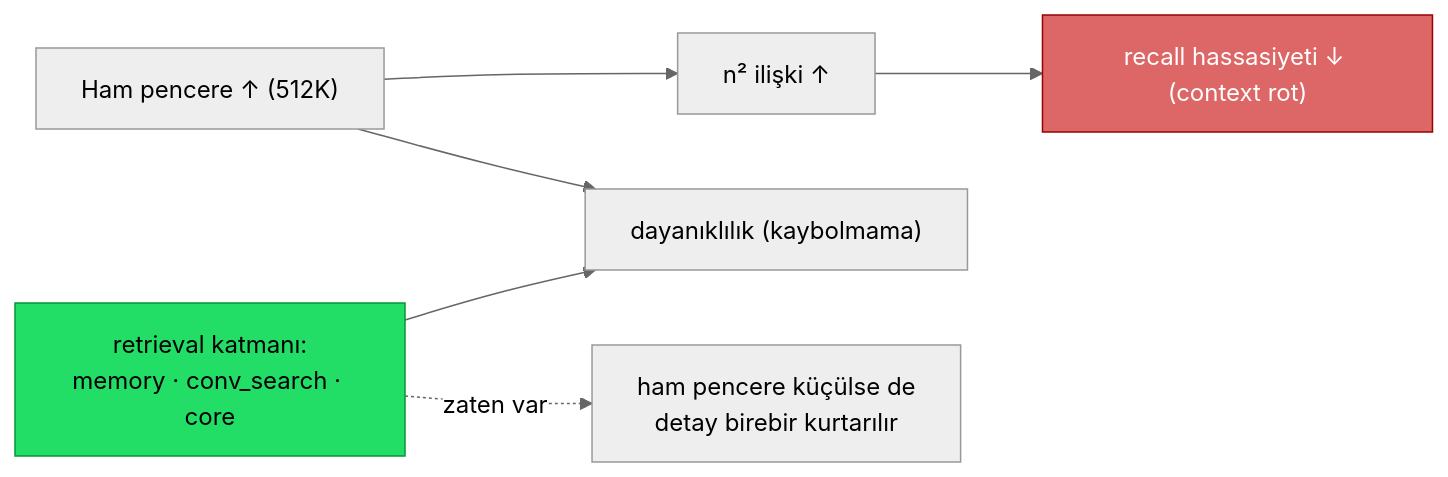
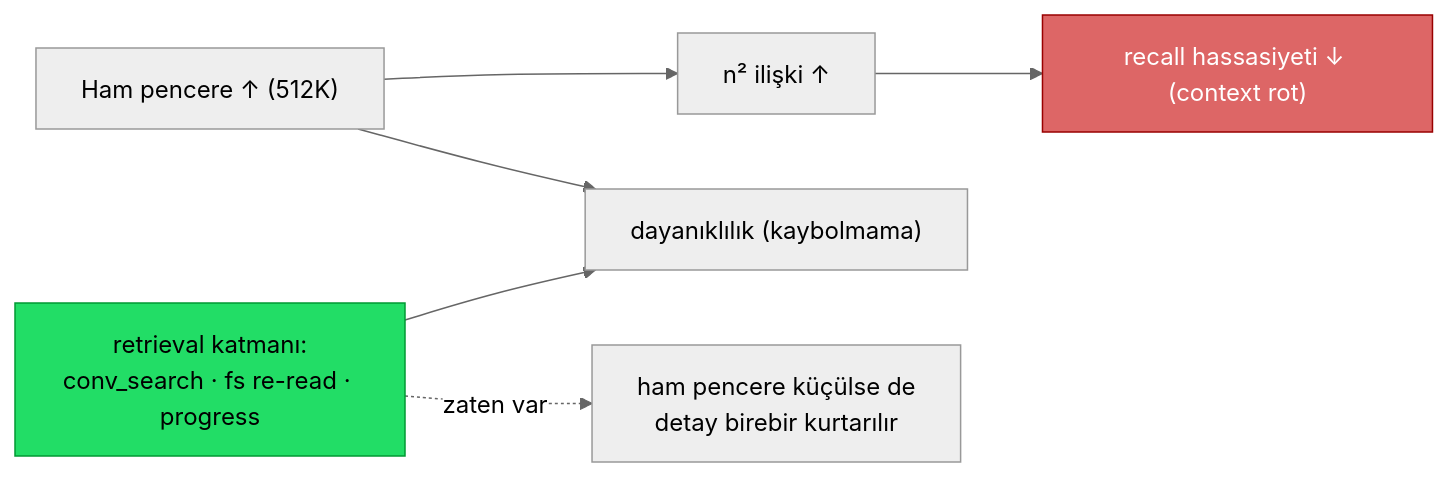
The second of 2 diagrams in _Docs/17-TOKEN-OPTIMIZASYON.md (bilal-arikan/tionharness), drawn with Mermaid (neutral theme) before and after one commit. The commit also changed other lines of this file and 102 other files, not shown here.

Commit message:
Remove memory subsystem entirely (journal recall + core memory + knowledge graph)

````diff
--- a/_Docs/17-TOKEN-OPTIMIZASYON.md
+++ b/_Docs/17-TOKEN-OPTIMIZASYON.md
@@ -293,10 +298,10 @@
 ```mermaid
 graph LR
     A["Ham pencere ↑ (512K)"] --> B["n² ilişki ↑"]
     B --> C["recall hassasiyeti ↓ (context rot)"]
     A --> D["dayanıklılık (kaybolmama)"]
-    E["retrieval katmanı:<br/>memory · conv_search · core"] --> D
+    E["retrieval katmanı:<br/>conv_search · fs re-read · progress"] --> D
     E -.zaten var.-> F["ham pencere küçülse de<br/>detay birebir kurtarılır"]
     style C fill:#d66,stroke:#900,color:#fff
     style E fill:#2d6,stroke:#093
 ```
````
